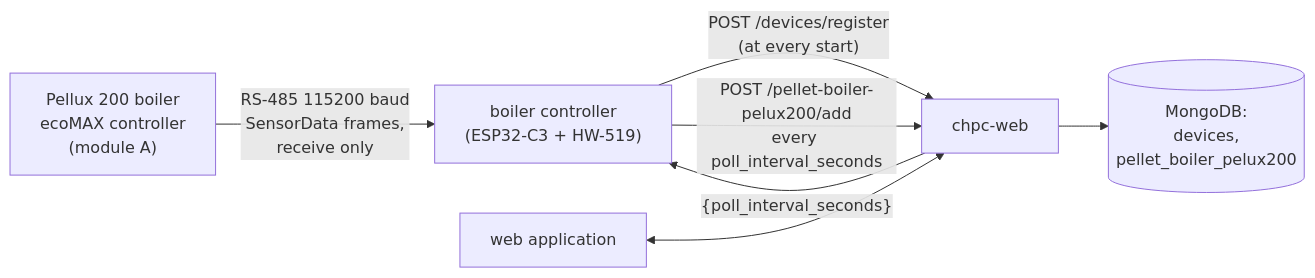
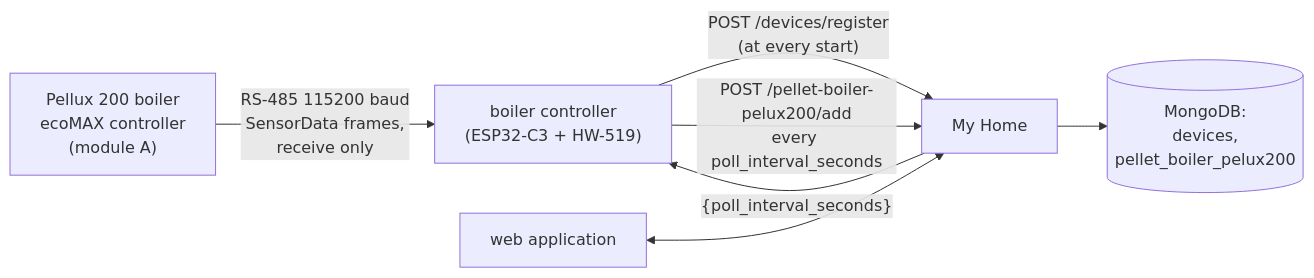
One commit to robertorlowski/chpc-web changed the first of 4 diagrams in docs/en/moduly/pellet-boiler-pelux200/2-how-it-works.md. Above: the diagram before and after it, drawn with Mermaid. The commit also changed 37 other files, not shown here.

First line of the commit message:
Dokumentacja: nazwa systemu My Home zamiast chpc-web, README po angielsku

````diff
--- a/docs/en/moduly/pellet-boiler-pelux200/2-how-it-works.md
+++ b/docs/en/moduly/pellet-boiler-pelux200/2-how-it-works.md
@@ -7,9 +7,9 @@
 ```mermaid
 flowchart LR
     ECO["Pellux 200 boiler<br/>ecoMAX controller<br/>(module A)"] -- "RS-485 115200 baud<br/>SensorData frames,<br/>receive only" --> CO["boiler controller<br/>(ESP32-C3 + HW-519)"]
-    CO -- "POST /devices/register<br/>(at every start)" --> SRV["chpc-web"]
+    CO -- "POST /devices/register<br/>(at every start)" --> SRV["My Home"]
     CO -- "POST /pellet-boiler-pelux200/add<br/>every poll_interval_seconds" --> SRV
     SRV -- "{poll_interval_seconds}" --> CO
     SRV --> DB[("MongoDB:<br/>devices,<br/>pellet_boiler_pelux200")]
     WEB["web application"] <--> SRV
 ```
````
